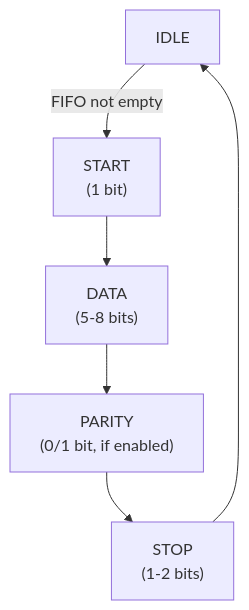
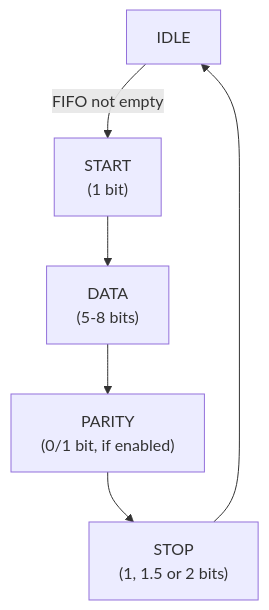
Before and after one commit to sean-galloway/RTLDesignSherpa: the diagram in projects/components/legacy-ip/retro_legacy_blocks/docs/uart_16550_mas/ch02_blocks/03_tx_engine.md, drawn with Mermaid. The commit also changed other lines of this file and 323 other files, not shown here.

````diff
--- a/projects/components/legacy-ip/retro_legacy_blocks/docs/uart_16550_mas/ch02_blocks/03_tx_engine.md
+++ b/projects/components/legacy-ip/retro_legacy_blocks/docs/uart_16550_mas/ch02_blocks/03_tx_engine.md
@@ -88,8 +82,8 @@
 ```mermaid
 flowchart TD
     A["IDLE"] -->|"FIFO not empty"| B["START<br/>(1 bit)"]
     B --> C["DATA<br/>(5-8 bits)"]
     C --> D["PARITY<br/>(0/1 bit, if enabled)"]
-    D --> E["STOP<br/>(1-2 bits)"]
+    D --> E["STOP<br/>(1, 1.5 or 2 bits)"]
     E --> A
 ```
````
